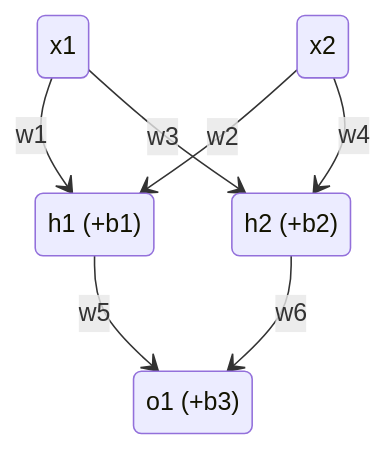
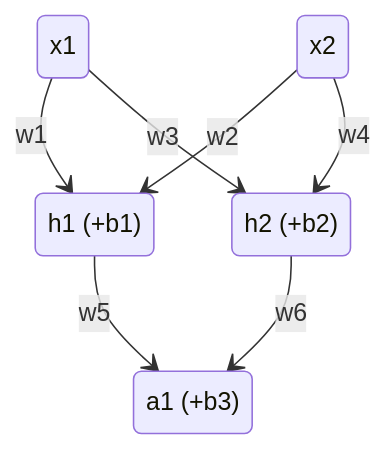
Before and after one commit to ishay320/cogni: the diagram in learning.md, drawn with Mermaid. The commit also changed other lines of this file, not shown here.

````diff
--- a/learning.md
+++ b/learning.md
@@ -29,12 +31,12 @@
 ```mermaid
 stateDiagram-v2
     x1 --> h1: w1
     x2 --> h1: w2
-    h1 --> o1: w5
+    h1 --> a1: w5
     x2 --> h2: w4
     x1 --> h2: w3
-    h2 --> o1: w6
-    o1:o1 (+b3)
+    h2 --> a1: w6
+    a1:a1 (+b3)
     h1:h1 (+b1)
     h2:h2 (+b2)
 ```
````
